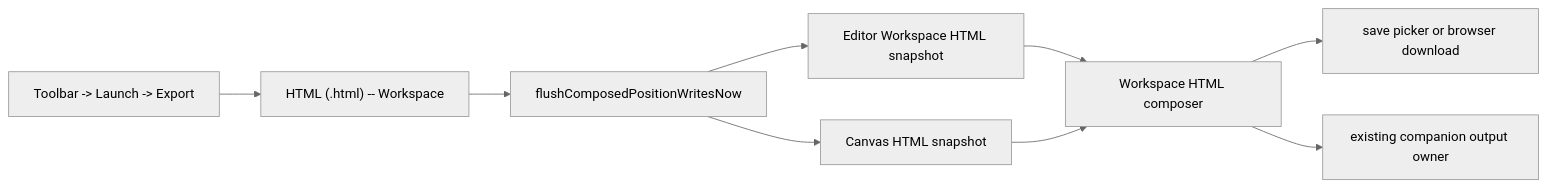
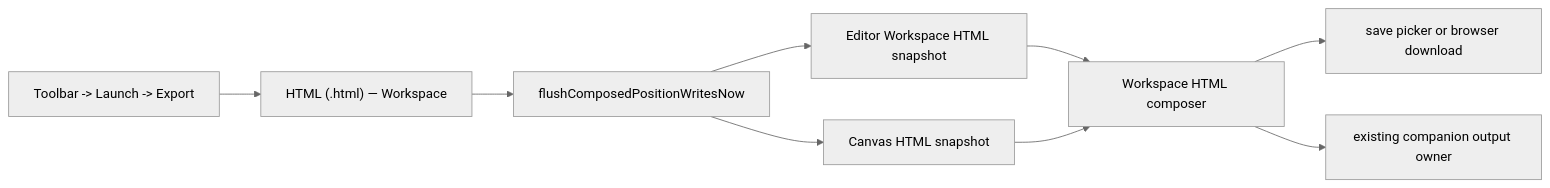
Before and after one commit to huijoohwee/knowgrph: the diagram in docs/documents/knowgrph-single-file-html-page-export.md, drawn with Mermaid (neutral theme). The commit also changed other lines of this file and 229 other files, not shown here.

````diff
--- a/docs/documents/knowgrph-single-file-html-page-export.md
+++ b/docs/documents/knowgrph-single-file-html-page-export.md
@@ -209,11 +212,11 @@
 ```mermaid
 flowchart LR
-  User["Toolbar -> Launch -> Export"] --> Action["HTML (.html) -- Workspace"]
+  User["Toolbar -> Launch -> Export"] --> Action["HTML (.html) — Workspace"]
   Action --> Flush["flushComposedPositionWritesNow"]
   Flush --> Editor["Editor Workspace HTML snapshot"]
   Flush --> Canvas["Canvas HTML snapshot"]
   Editor --> Compose["Workspace HTML composer"]
   Canvas --> Compose
   Compose --> Save["save picker or browser download"]
   Compose --> Companion["existing companion output owner"]
 ```
````
